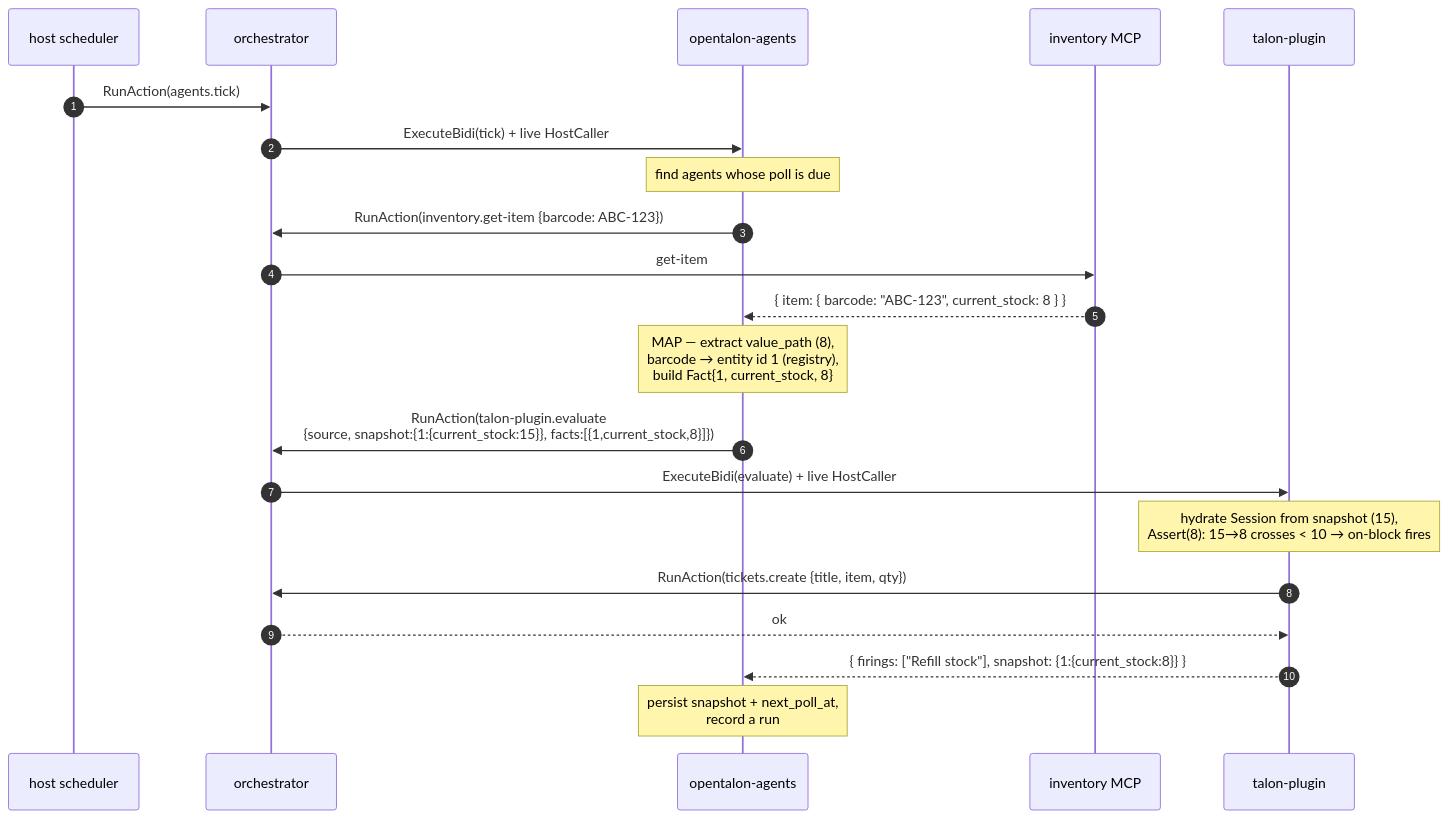
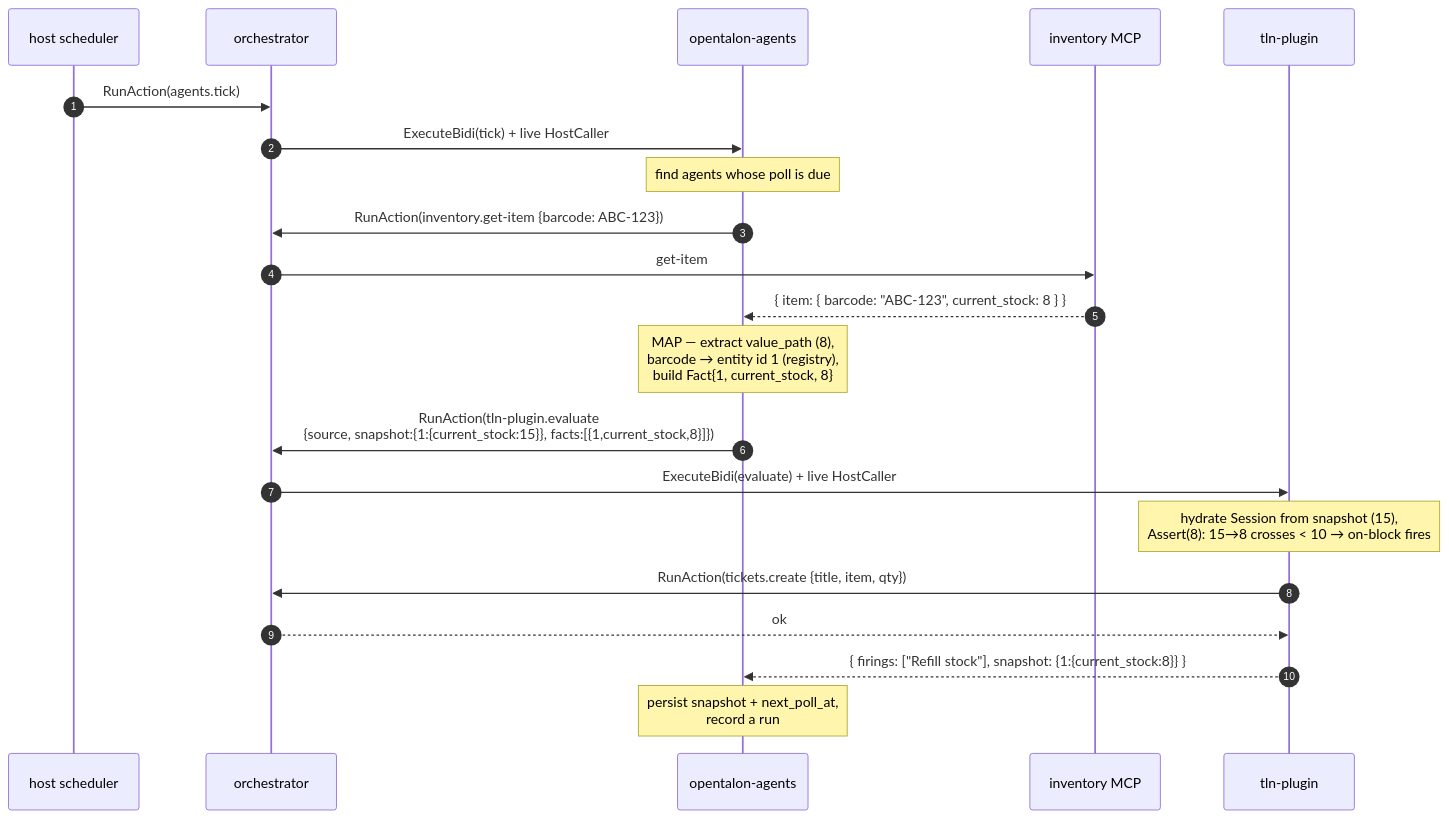
The second of 4 diagrams in README.md (opentalon/opentalon-agents), drawn with Mermaid before and after one commit. The commit also changed other lines of this file and 44 other files, not shown here.

First line of the commit message:
chore: rename Talon -> tln (identifiers, prose, and wire contracts) (#43)

````diff
--- a/README.md
+++ b/README.md
@@ -139,24 +139,24 @@
 ```mermaid
 sequenceDiagram
   autonumber
   participant S as host scheduler
   participant O as orchestrator
   participant A as opentalon-agents
   participant M as inventory MCP
-  participant T as talon-plugin
+  participant T as tln-plugin
 
   S->>O: RunAction(agents.tick)
   O->>A: ExecuteBidi(tick) + live HostCaller
   Note over A: find agents whose poll is due
   A->>O: RunAction(inventory.get-item {barcode: ABC-123})
   O->>M: get-item
   M-->>A: { item: { barcode: "ABC-123", current_stock: 8 } }
   Note over A: MAP — extract value_path (8),<br/>barcode → entity id 1 (registry),<br/>build Fact{1, current_stock, 8}
-  A->>O: RunAction(talon-plugin.evaluate<br/>{source, snapshot:{1:{current_stock:15}}, facts:[{1,current_stock,8}]})
+  A->>O: RunAction(tln-plugin.evaluate<br/>{source, snapshot:{1:{current_stock:15}}, facts:[{1,current_stock,8}]})
   O->>T: ExecuteBidi(evaluate) + live HostCaller
   Note over T: hydrate Session from snapshot (15),<br/>Assert(8): 15→8 crosses < 10 → on-block fires
   T->>O: RunAction(tickets.create {title, item, qty})
   O-->>T: ok
   T-->>A: { firings: ["Refill stock"], snapshot: {1:{current_stock:8}} }
   Note over A: persist snapshot + next_poll_at,<br/>record a run
 ```
````
